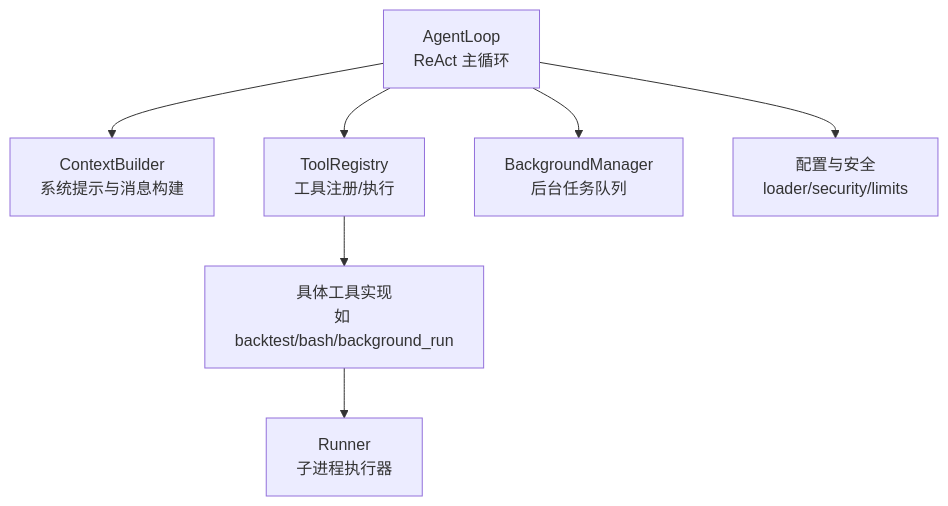
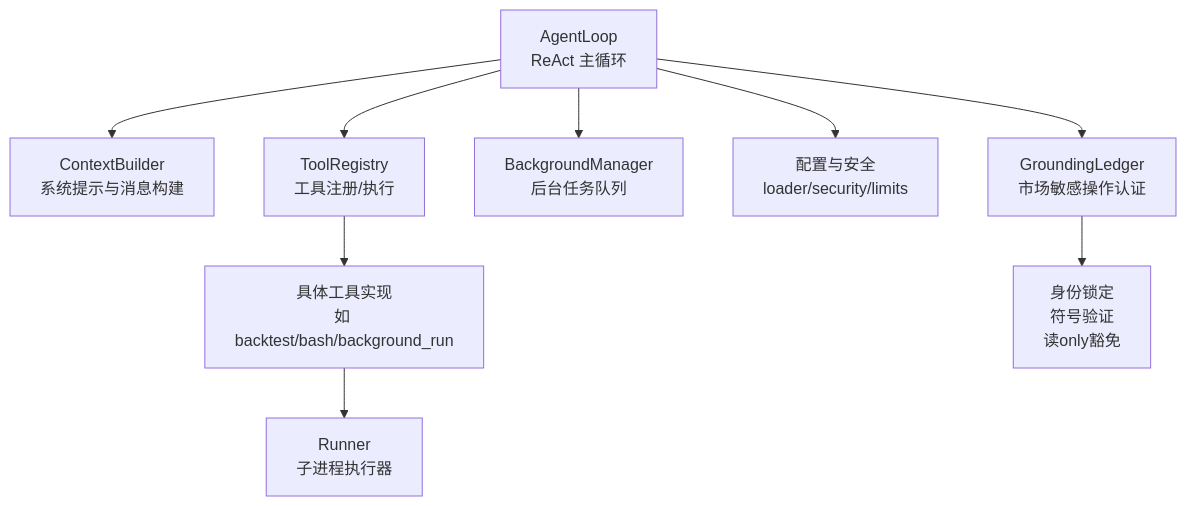
Before and after one commit to 20012002er/Vibe-Trading: the first of 9 diagrams in .qoder/repowiki/zh/content/项目概述/核心功能特性/AI代理系统/工具系统/工具执行框架.md, drawn with Mermaid. The commit also changed other lines of this file and 9 other files, not shown here.

````diff
--- a/.qoder/repowiki/zh/content/项目概述/核心功能特性/AI代理系统/工具系统/工具执行框架.md
+++ b/.qoder/repowiki/zh/content/项目概述/核心功能特性/AI代理系统/工具系统/工具执行框架.md
@@ -39,9 +51,11 @@
 ```mermaid
 graph TB
 A["AgentLoop<br/>ReAct 主循环"] --> B["ContextBuilder<br/>系统提示与消息构建"]
 A --> C["ToolRegistry<br/>工具注册/执行"]
 C --> D["具体工具实现<br/>如 backtest/bash/background_run"]
 A --> E["BackgroundManager<br/>后台任务队列"]
 D --> F["Runner<br/>子进程执行器"]
 A --> G["配置与安全<br/>loader/security/limits"]
+A --> H["GroundingLedger<br/>市场敏感操作认证"]
+H --> I["身份锁定<br/>符号验证<br/>读only豁免"]
 ```
````
